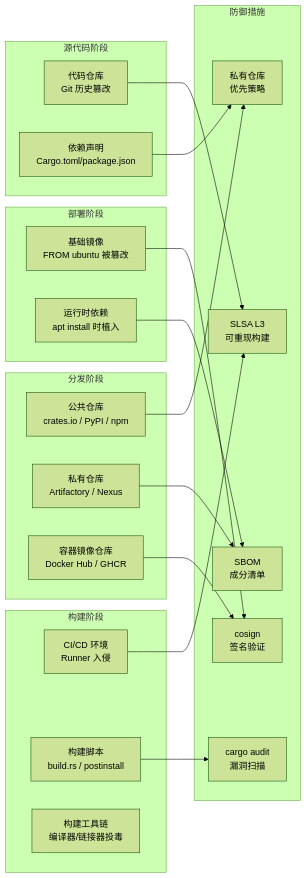
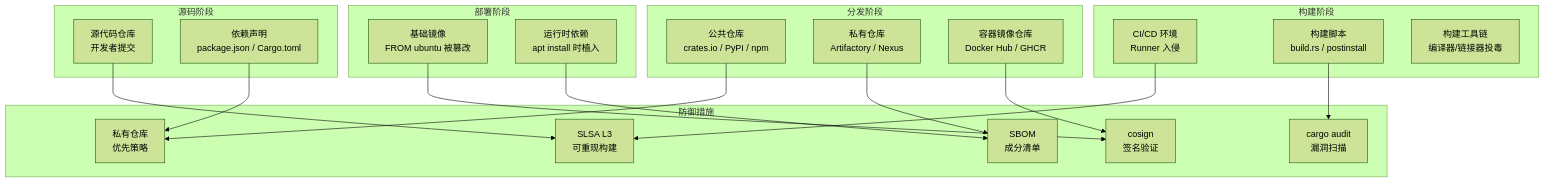
The diagram in 46.构建系统横向对比/12.构建系统安全性与供应链.md (GeeseHoward1983/Knowledges), drawn with Mermaid (forest theme) before and after one commit. The commit also changed other lines of this file and 275 other files, not shown here.

````diff
--- a/46.构建系统横向对比/12.构建系统安全性与供应链.md
+++ b/46.构建系统横向对比/12.构建系统安全性与供应链.md
@@ -214,42 +220,42 @@
 ```mermaid
-flowchart LR
-    subgraph Source["源代码阶段"]
-        S1[代码仓库<br/>Git 历史篡改]
-        S2[依赖声明<br/>Cargo.toml/package.json]
+flowchart TD
+    subgraph Source["源码阶段"]
+        S1[源代码仓库<br/>开发者提交]
+        S2[依赖声明<br/>package.json / Cargo.toml]
     end
 
     subgraph Build["构建阶段"]
         B1[CI/CD 环境<br/>Runner 入侵]
         B2[构建脚本<br/>build.rs / postinstall]
         B3[构建工具链<br/>编译器/链接器投毒]
     end
 
     subgraph Registry["分发阶段"]
         R1[公共仓库<br/>crates.io / PyPI / npm]
         R2[私有仓库<br/>Artifactory / Nexus]
         R3[容器镜像仓库<br/>Docker Hub / GHCR]
     end
 
     subgraph Deploy["部署阶段"]
         D1[基础镜像<br/>FROM ubuntu 被篡改]
         D2[运行时依赖<br/>apt install 时植入]
     end
 
     subgraph Defense["防御措施"]
         P1[SLSA L3<br/>可重现构建]
         P2[SBOM<br/>成分清单]
         P3[cosign<br/>签名验证]
         P4[私有仓库<br/>优先策略]
         P5[cargo audit<br/>漏洞扫描]
     end
 
     S1 --> P1
     S2 --> P4
     B1 --> P1
     B2 --> P5
     R1 --> P4
     R2 --> P2
     R3 --> P3
     D1 --> P3
     D2 --> P2
 ```
````
